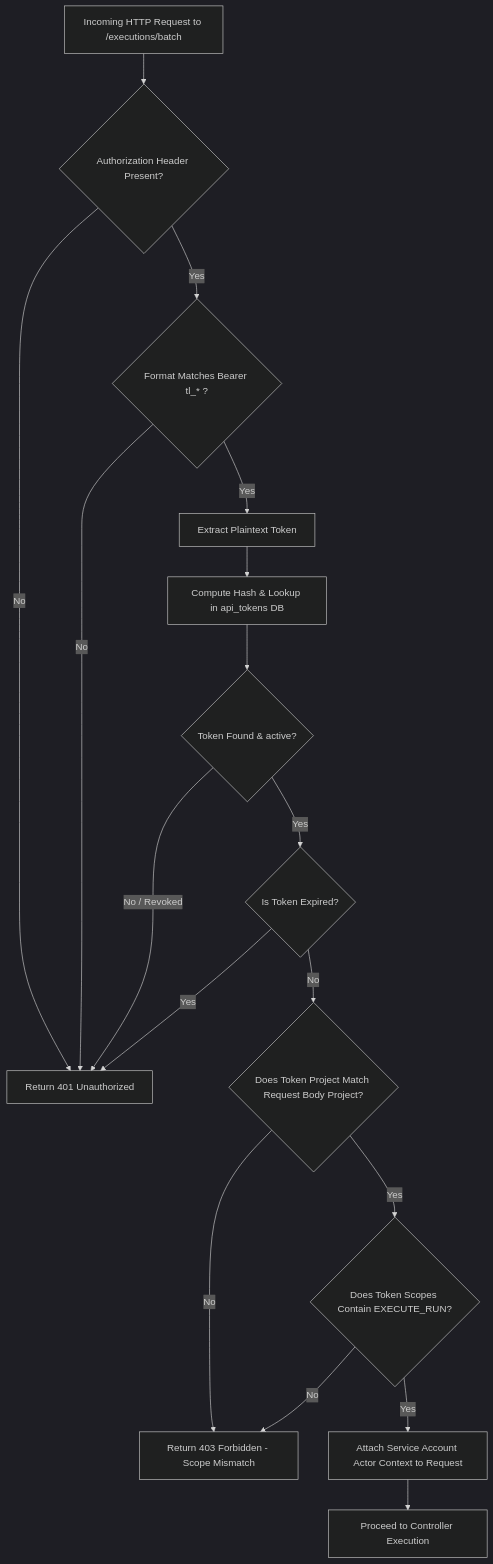
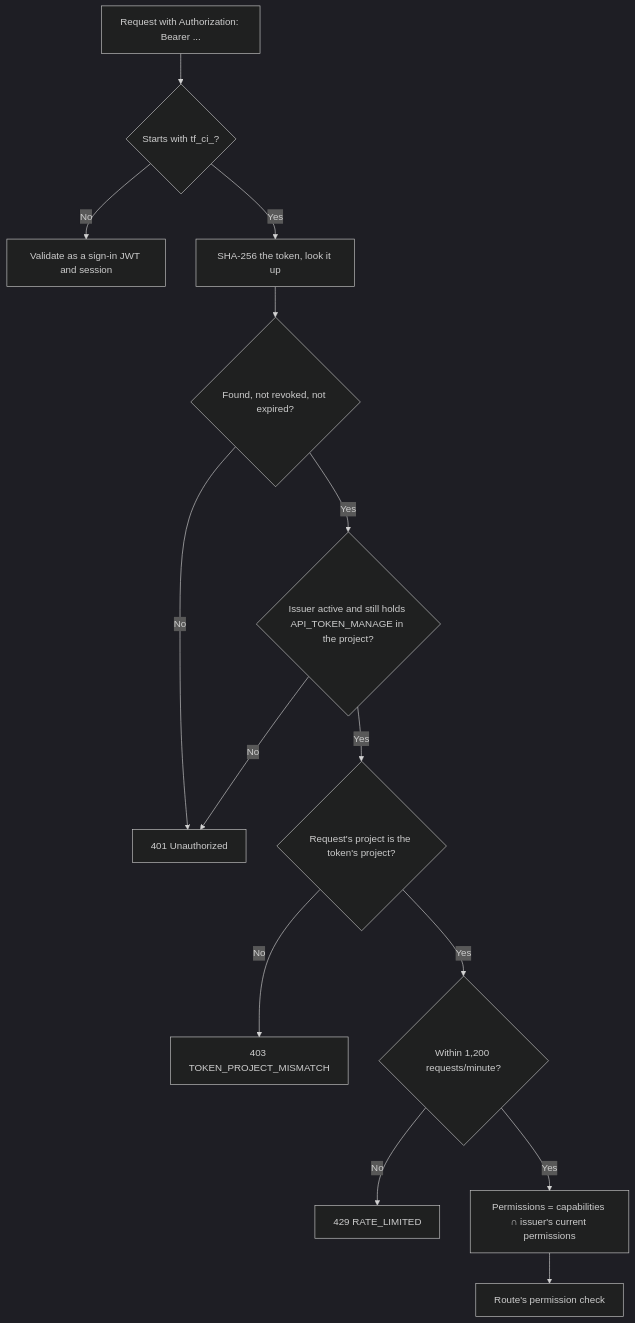
The third of 4 diagrams in docs/rfc_04_rbac_security_matrix.md (ElliotNewtonMiller/Testify), drawn with Mermaid (dark theme) before and after one commit. The commit also changed other lines of this file and 16 other files, not shown here.

````diff
--- a/docs/rfc_04_rbac_security_matrix.md
+++ b/docs/rfc_04_rbac_security_matrix.md
@@ -199,19 +206,16 @@
 ```mermaid
 flowchart TD
-    A[Incoming HTTP Request to /executions/batch] --> B{Authorization Header Present?}
-    B -- No --> C[Return 401 Unauthorized]
-    B -- Yes --> D{Format Matches Bearer tl_* ?}
-    D -- No --> C
-    D -- Yes --> E[Extract Plaintext Token]
-    E --> F[Compute Hash & Lookup in api_tokens DB]
-    F --> G{Token Found & active?}
-    G -- No / Revoked --> C
-    G -- Yes --> H{Is Token Expired?}
-    H -- Yes --> C
-    H -- No --> I{Does Token Project Match Request Body Project?}
-    I -- No --> J[Return 403 Forbidden - Scope Mismatch]
-    I -- Yes --> K{Does Token Scopes Contain EXECUTE_RUN?}
-    K -- No --> J
-    K -- Yes --> L[Attach Service Account Actor Context to Request]
-    L --> M[Proceed to Controller Execution]
+    A[Request with Authorization: Bearer ...] --> B{Starts with tf_ci_?}
+    B -- No --> J[Validate as a sign-in JWT and session]
+    B -- Yes --> C[SHA-256 the token, look it up]
+    C --> D{Found, not revoked, not expired?}
+    D -- No --> X[401 Unauthorized]
+    D -- Yes --> E{Issuer active and still holds API_TOKEN_MANAGE in the project?}
+    E -- No --> X
+    E -- Yes --> F{Request's project is the token's project?}
+    F -- No --> Y[403 TOKEN_PROJECT_MISMATCH]
+    F -- Yes --> G{Within 1,200 requests/minute?}
+    G -- No --> Z[429 RATE_LIMITED]
+    G -- Yes --> H[Permissions = capabilities ∩ issuer's current permissions]
+    H --> I[Route's permission check]
 ```
````
